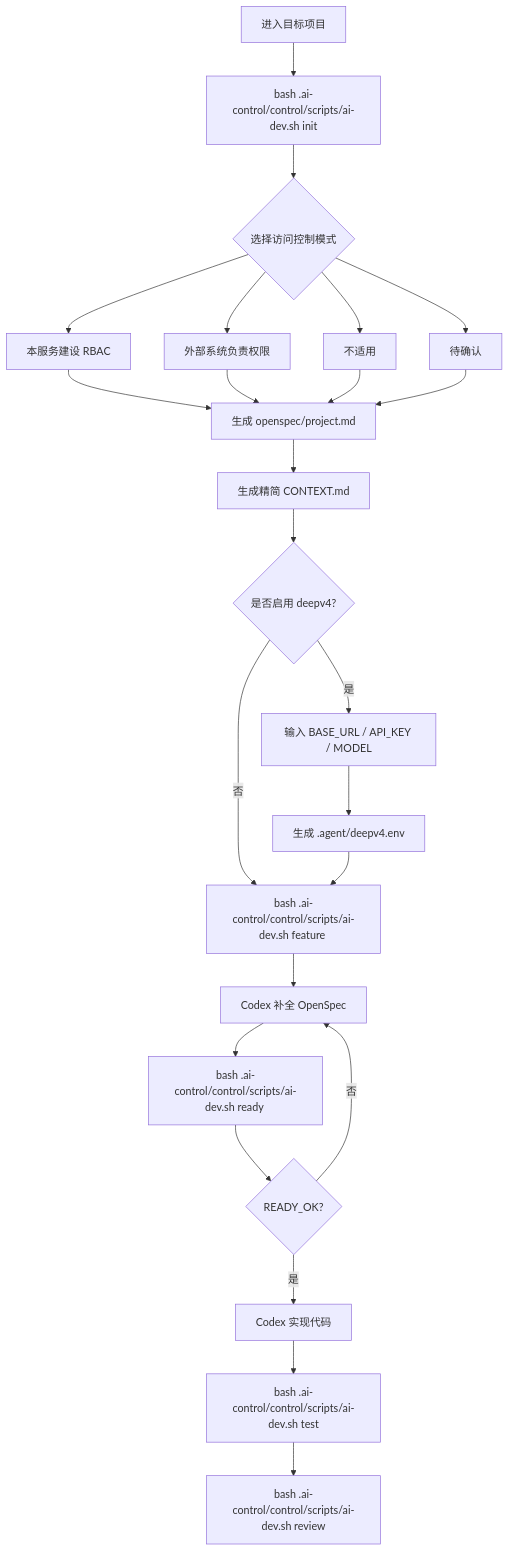
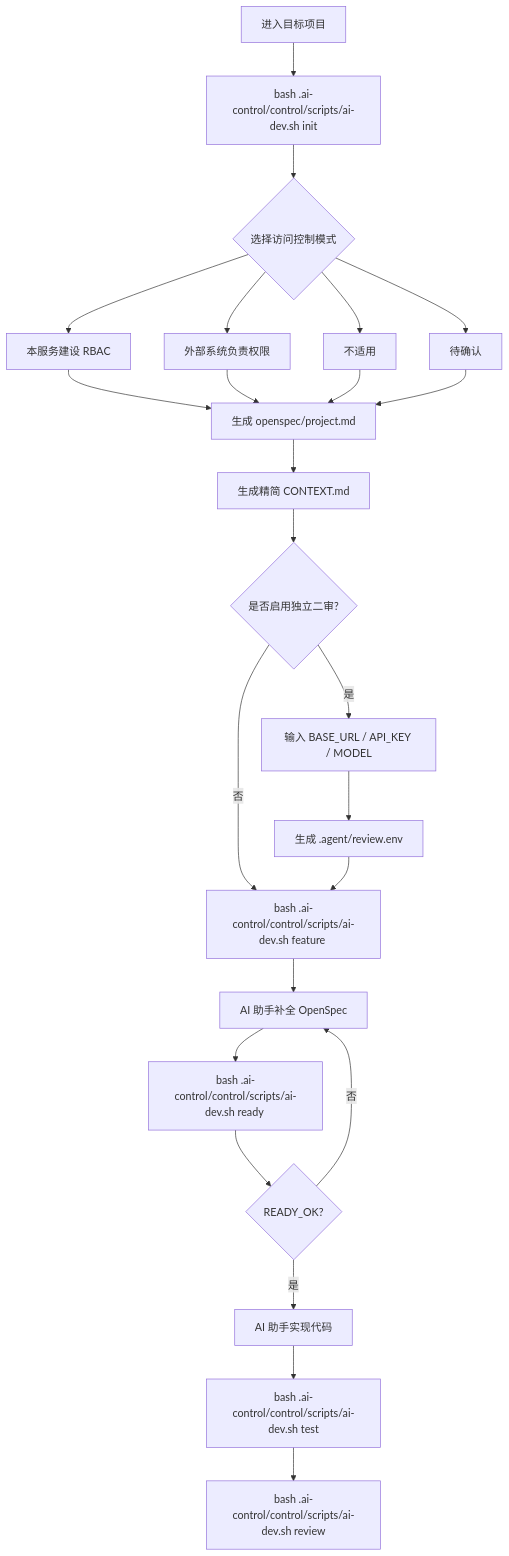
The sixth of 6 diagrams in control/docs/流程图.md (BrightLiu4917/ai-coding-fun), drawn with Mermaid before and after one commit. The commit also changed other lines of this file and 160 other files, not shown here.

````diff
--- a/control/docs/流程图.md
+++ b/control/docs/流程图.md
@@ -85,26 +85,26 @@
 ```mermaid
 flowchart TD
   A["进入目标项目"] --> B["bash .ai-control/control/scripts/ai-dev.sh init"]
   B --> C{"选择访问控制模式"}
   C --> C1["本服务建设 RBAC"]
   C --> C2["外部系统负责权限"]
   C --> C3["不适用"]
   C --> C4["待确认"]
   C1 --> D["生成 openspec/project.md"]
   C2 --> D
   C3 --> D
   C4 --> D
   D --> E["生成精简 CONTEXT.md"]
-  E --> F{"是否启用 deepv4?"}
+  E --> F{"是否启用独立二审?"}
   F -- "是" --> F1["输入 BASE_URL / API_KEY / MODEL"]
-  F1 --> F2["生成 .agent/deepv4.env"]
+  F1 --> F2["生成 .agent/review.env"]
   F -- "否" --> G["bash .ai-control/control/scripts/ai-dev.sh feature <change-id>"]
   F2 --> G
-  G --> H["Codex 补全 OpenSpec"]
+  G --> H["AI 助手补全 OpenSpec"]
   H --> I["bash .ai-control/control/scripts/ai-dev.sh ready <change-id>"]
   I --> J{"READY_OK?"}
   J -- "否" --> H
-  J -- "是" --> K["Codex 实现代码"]
+  J -- "是" --> K["AI 助手实现代码"]
   K --> L["bash .ai-control/control/scripts/ai-dev.sh test"]
   L --> M["bash .ai-control/control/scripts/ai-dev.sh review"]
 ```
````
